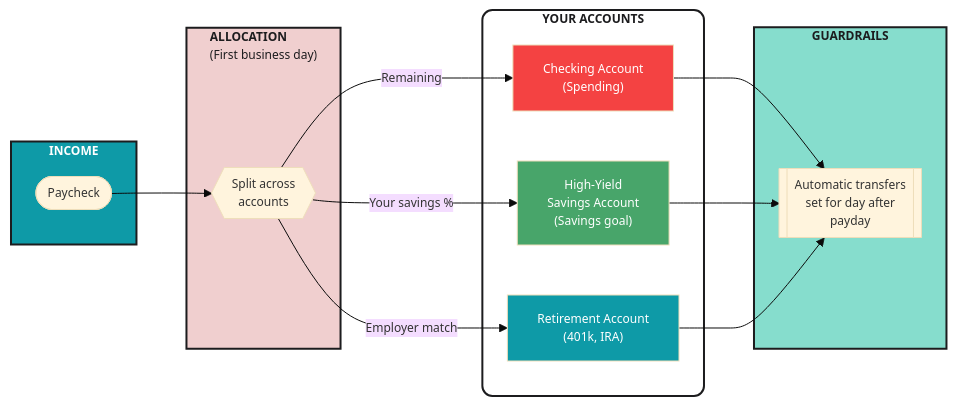
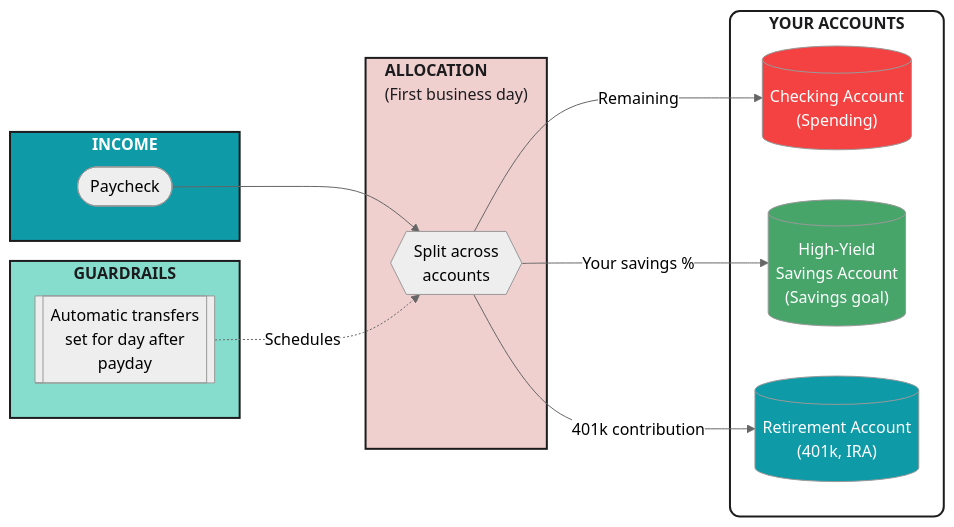
Before and after one commit to mjfrigaard/fm-finance: the diagram in automating_savings.qmd, drawn with Mermaid. The commit also changed other lines of this file and 20 other files, not shown here.

Commit message:
updates to mermaid diagrams

````diff
--- a/automating_savings.qmd
+++ b/automating_savings.qmd
@@ -34,39 +34,39 @@
 ```{mermaid}
-%%{init: {'theme': 'base', 'themeVariables': { 'fontFamily': 'monospace', "fontSize":"12px"}}}%%
+%%| fig-cap: 'Paycheck Money Flow'
+%%| fig-align: center
+%%{init: {'theme': 'neutral', 'themeVariables': { 'fontFamily': 'monospace', "darkMode":false, "fontSize":"16px"}}}%%
 
 flowchart LR
     subgraph Income["<strong>INCOME</strong>"]
         Paycheck(["Paycheck"])
     end
 
     subgraph Allocation["<strong>ALLOCATION</strong><br>(First business day)"]
         Split1{{"Split across<br>accounts"}}
     end
 
     subgraph Accounts["<strong>YOUR ACCOUNTS</strong>"]
-        Checking["Checking Account<br>(Spending)"]
-        HYSA["High-Yield<br>Savings Account<br>(Savings goal)"]
-        Retirement["Retirement Account<br>(401k, IRA)"]
+        Checking[("Checking Account<br>(Spending)")]
+        HYSA[("High-Yield<br>Savings Account<br>(Savings goal)")]
+        Retirement[("Retirement Account<br>(401k, IRA)")]
     end
 
     subgraph Guardrails["<strong>GUARDRAILS</strong>"]
         Automate[["Automatic transfers<br>set for day after<br>payday"]]
     end
 
     Paycheck --> Split1
-    Split1 -->|Your savings %| HYSA
-    Split1 -->|Employer match| Retirement
-    Split1 -->|Remaining| Checking
+    Split1 -->|"Your savings %"| HYSA
+    Split1 -->|"401k contribution"| Retirement
+    Split1 -->|"Remaining"| Checking
 
-    Checking --> Automate
-    HYSA --> Automate
-    Retirement --> Automate
+    Automate -.->|"Schedules"| Split1
 
     style Income fill:#0e9aa7,color:#FFFFFF,stroke:#1C1C1E,stroke-width:2px
     style Allocation fill:#f0cfcf,color:#1C1C1E,stroke:#1C1C1E,stroke-width:2px
     style Accounts fill:#FFFFFF,color:#1C1C1E,stroke:#1C1C1E,stroke-width:2px,rx:10
     style Guardrails fill:#86ddcd,color:#1C1C1E,stroke:#1C1C1E,stroke-width:2px
     style Checking fill:#f44242,color:#FFFFFF
     style HYSA fill:#48a56a,color:#FFFFFF
     style Retirement fill:#0e9aa7,color:#FFFFFF
 ```
````
